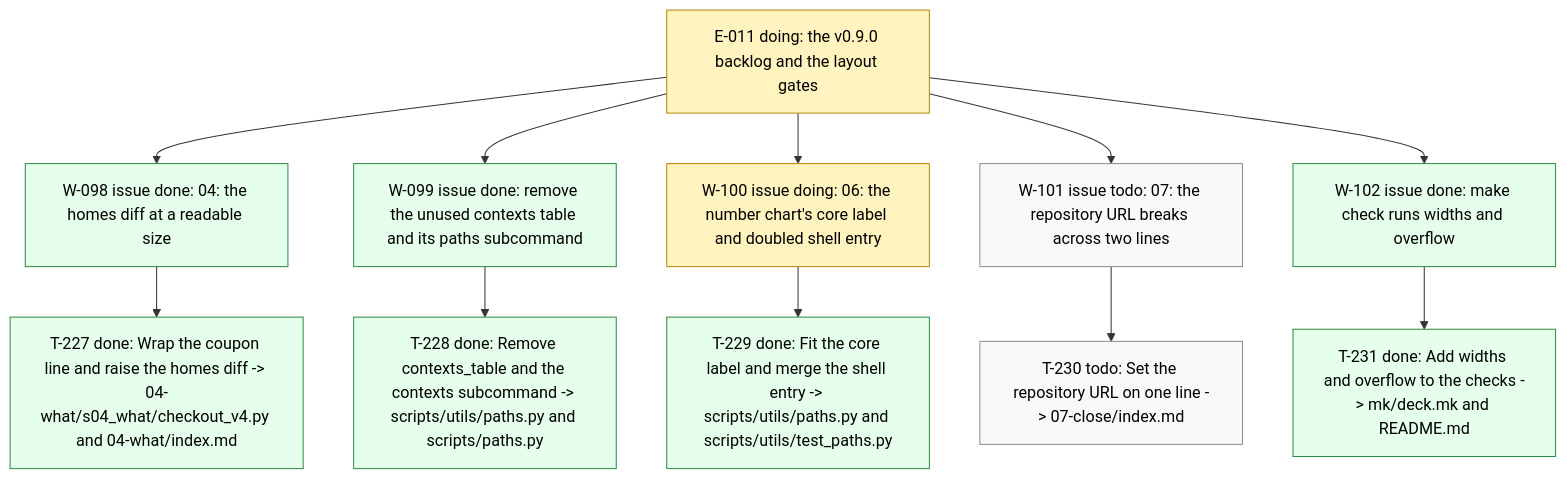
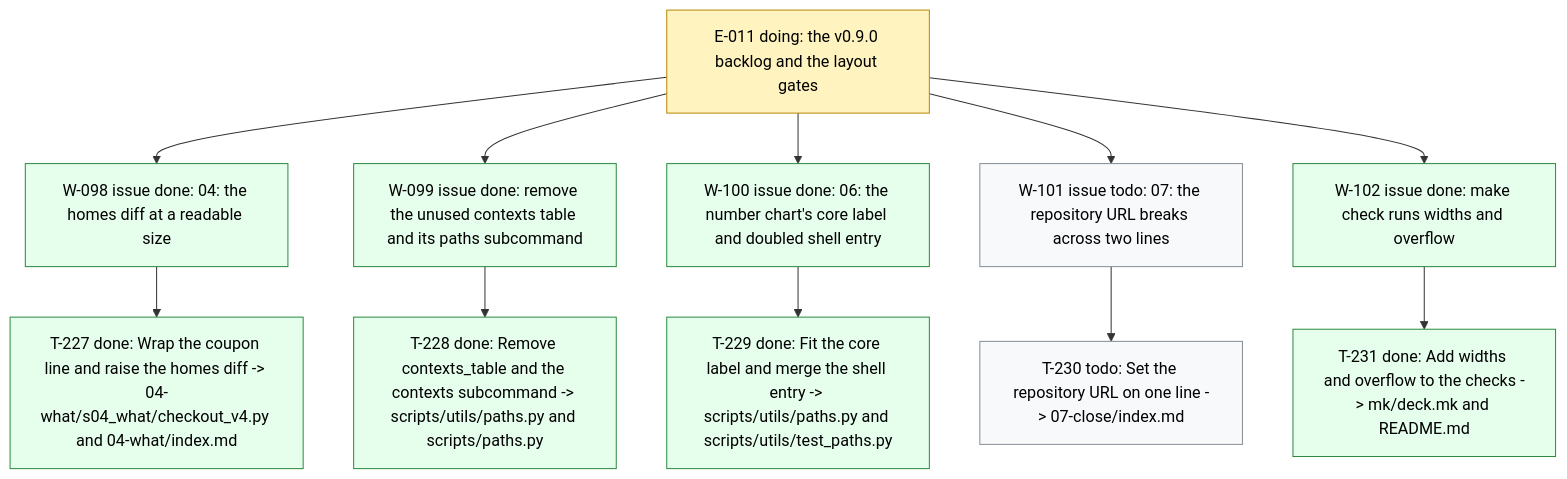
The diagram in .board/BOARD.md (dpopchev/chaos-to-simple), drawn with Mermaid before and after one commit. The commit also changed other lines of this file and 1 other file, not shown here.

Commit message:
chore(board): close W-100 -- landed
Refs: W-100

````diff
--- a/.board/BOARD.md
+++ b/.board/BOARD.md
@@ -594,22 +594,22 @@
 ```mermaid
 flowchart TD
   E011["E-011 doing: the v0.9.0 backlog and the layout gates"]
   E011 --> W098["W-098 issue done: 04: the homes diff at a readable size"]
   W098 --> T227["T-227 done: Wrap the coupon line and raise the homes diff -> 04-what/s04_what/checkout_v4.py and 04-what/index.md"]
   E011 --> W099["W-099 issue done: remove the unused contexts table and its paths subcommand"]
   W099 --> T228["T-228 done: Remove contexts_table and the contexts subcommand -> scripts/utils/paths.py and scripts/paths.py"]
-  E011 --> W100["W-100 issue doing: 06: the number chart's core label and doubled shell entry"]
+  E011 --> W100["W-100 issue done: 06: the number chart's core label and doubled shell entry"]
   W100 --> T229["T-229 done: Fit the core label and merge the shell entry -> scripts/utils/paths.py and scripts/utils/test_paths.py"]
   E011 --> W101["W-101 issue todo: 07: the repository URL breaks across two lines"]
   W101 --> T230["T-230 todo: Set the repository URL on one line -> 07-close/index.md"]
   E011 --> W102["W-102 issue done: make check runs widths and overflow"]
   W102 --> T231["T-231 done: Add widths and overflow to the checks -> mk/deck.mk and README.md"]
   classDef doing fill:#fff3bf,stroke:#b58900,color:#000;
   classDef blocked fill:#ffe3e3,stroke:#c92a2a,color:#000;
   classDef done fill:#e6ffed,stroke:#2b8a3e,color:#000;
   classDef todo fill:#f8f9fa,stroke:#868e96,color:#000;
   classDef pruned fill:#f1f3f5,stroke:#adb5bd,color:#000;
-  class E011,W100 doing
-  class W098,T227,W099,T228,T229,W102,T231 done
+  class E011 doing
+  class W098,T227,W099,T228,W100,T229,W102,T231 done
   class W101,T230 todo
 ```
````
